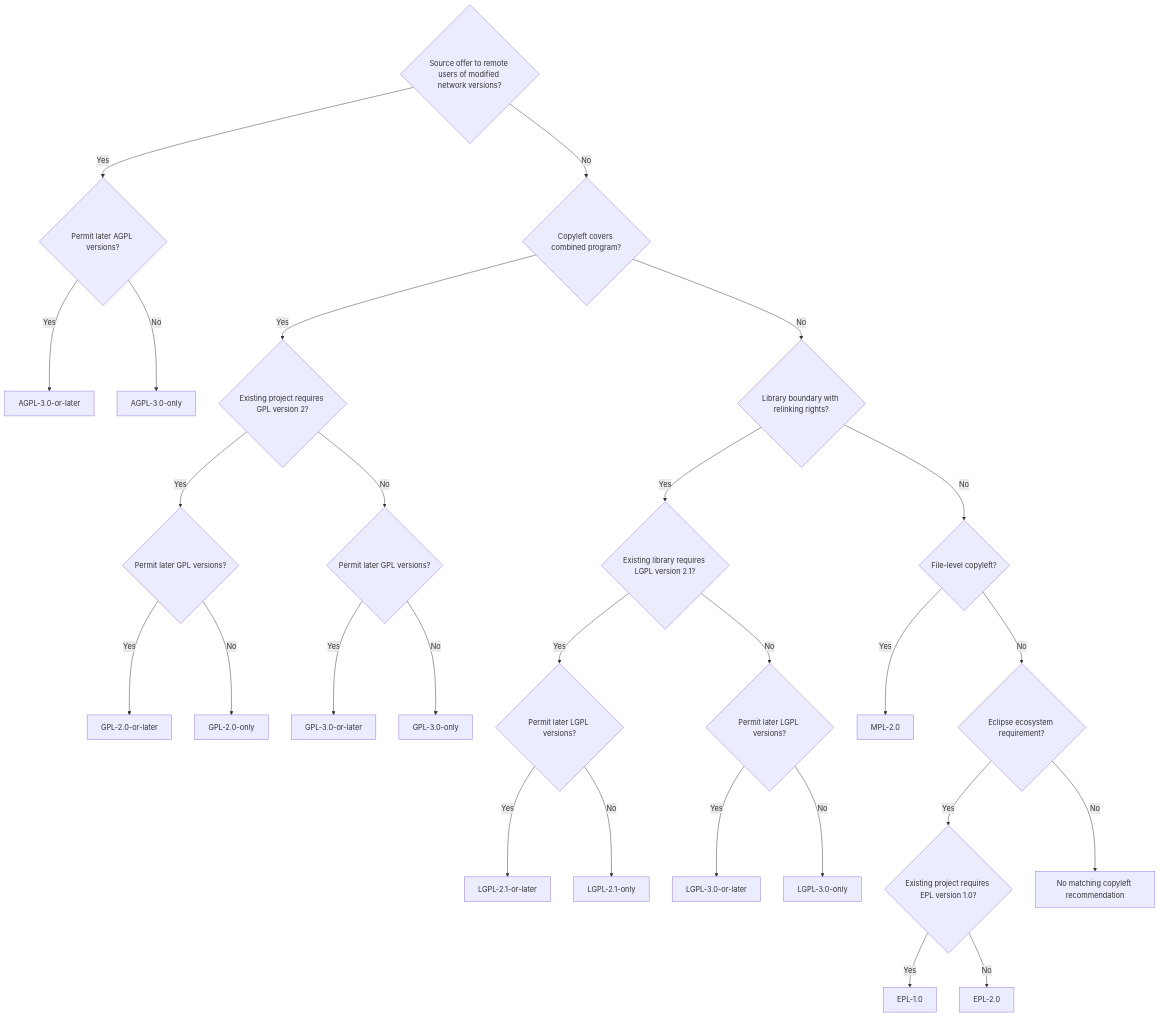
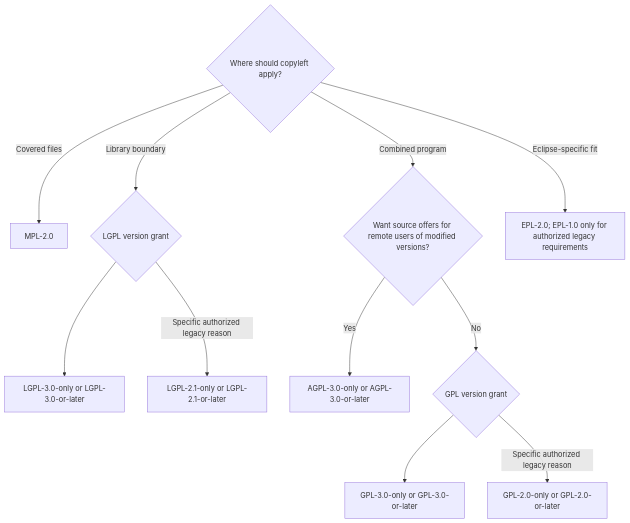
The second of 2 diagrams in TREE_STRUCTURE.md (lucasfth/repolicense-cli), drawn with Mermaid before and after one commit. The commit also changed other lines of this file and 10 other files, not shown here.

````diff
--- a/TREE_STRUCTURE.md
+++ b/TREE_STRUCTURE.md
@@ -51,30 +39,14 @@
 ```mermaid
 flowchart TD
-    Network{Source offer to remote users of modified network versions?}
-    Network -->|Yes| AGPLLater{Permit later AGPL versions?}
-    AGPLLater -->|Yes| AGPLLaterLeaf[AGPL-3.0-or-later]
-    AGPLLater -->|No| AGPLOnly[AGPL-3.0-only]
-    Network -->|No| Program{Copyleft covers combined program?}
-    Program -->|Yes| GPLLegacy{Existing project requires GPL version 2?}
-    GPLLegacy -->|Yes| GPL2Later{Permit later GPL versions?}
-    GPL2Later -->|Yes| GPL2LaterLeaf[GPL-2.0-or-later]
-    GPL2Later -->|No| GPL2Only[GPL-2.0-only]
-    GPLLegacy -->|No| GPL3Later{Permit later GPL versions?}
-    GPL3Later -->|Yes| GPL3LaterLeaf[GPL-3.0-or-later]
-    GPL3Later -->|No| GPL3Only[GPL-3.0-only]
-    Program -->|No| Library{Library boundary with relinking rights?}
-    Library -->|Yes| LGPLLegacy{Existing library requires LGPL version 2.1?}
-    LGPLLegacy -->|Yes| LGPL21Later{Permit later LGPL versions?}
-    LGPL21Later -->|Yes| LGPL21LaterLeaf[LGPL-2.1-or-later]
-    LGPL21Later -->|No| LGPL21Only[LGPL-2.1-only]
-    LGPLLegacy -->|No| LGPL3Later{Permit later LGPL versions?}
-    LGPL3Later -->|Yes| LGPL3LaterLeaf[LGPL-3.0-or-later]
-    LGPL3Later -->|No| LGPL3Only[LGPL-3.0-only]
-    Library -->|No| Files{File-level copyleft?}
-    Files -->|Yes| MPL[MPL-2.0]
-    Files -->|No| Eclipse{Eclipse ecosystem requirement?}
-    Eclipse -->|Yes| EPLLegacy{Existing project requires EPL version 1.0?}
-    EPLLegacy -->|Yes| EPL1[EPL-1.0]
-    EPLLegacy -->|No| EPL2[EPL-2.0]
-    Eclipse -->|No| Advice[No matching copyleft recommendation]
+    Scope{Where should copyleft apply?}
+    Scope -->|Covered files| MPL[MPL-2.0]
+    Scope -->|Library boundary| LGPL{LGPL version grant}
+    LGPL --> LGPL3[LGPL-3.0-only or LGPL-3.0-or-later]
+    LGPL -->|Specific authorized legacy reason| LGPL21[LGPL-2.1-only or LGPL-2.1-or-later]
+    Scope -->|Combined program| Network{Want source offers for remote users of modified versions?}
+    Network -->|Yes| AGPL[AGPL-3.0-only or AGPL-3.0-or-later]
+    Network -->|No| GPL{GPL version grant}
+    GPL --> GPL3[GPL-3.0-only or GPL-3.0-or-later]
+    GPL -->|Specific authorized legacy reason| GPL2[GPL-2.0-only or GPL-2.0-or-later]
+    Scope -->|Eclipse-specific fit| EPL[EPL-2.0; EPL-1.0 only for authorized legacy requirements]
 ```
````
